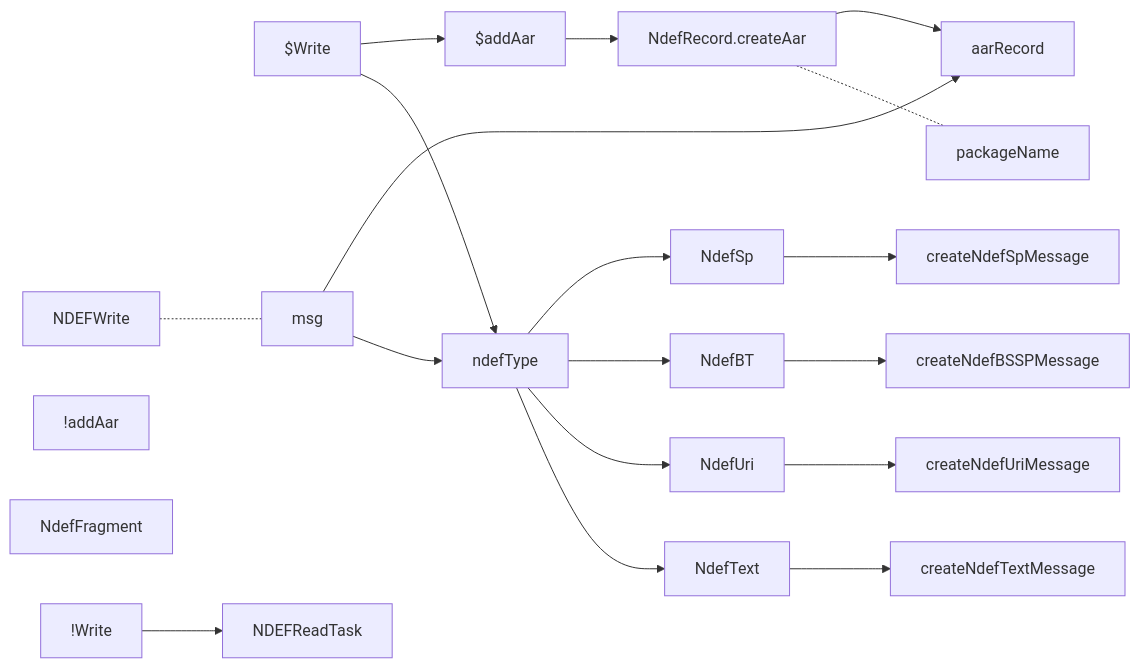
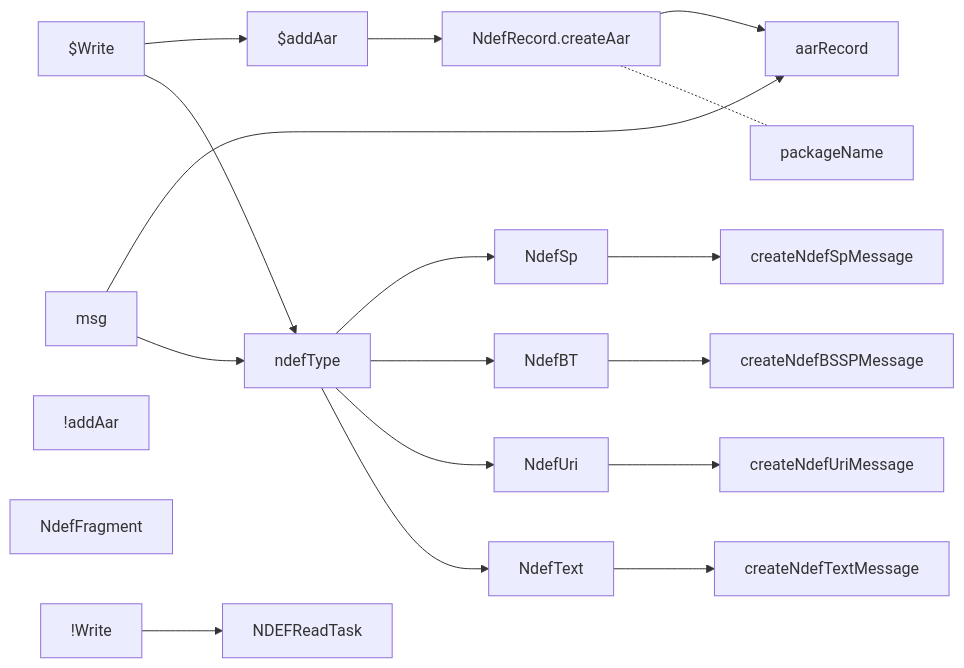
One commit to gordianknotC/nxp_note changed the diagram in nxp/Demo.md. Above: the diagram before and after it, drawn with Mermaid. The commit also changed other lines of this file, not shown here.

Commit message:
nxp/Demo.md updated from https://stackedit.io/

````diff
--- a/nxp/Demo.md
+++ b/nxp/Demo.md
@@ -7,36 +7,38 @@
 ``` mermaid
 graph LR
 $Write
 !Write
 $addAar
 !addAar
 
 NdefFragment
 NdefText
 NdefUri
 NdefBT
 NdefSp
 ndefType
+
 msg --> ndefType
+$Write --> ndefType
 
-$Write --> ndefType
 ndefType --> NdefText
 ndefType --> NdefUri
 ndefType --> NdefBT
 ndefType --> NdefSp
 NdefText --> createNdefTextMessage
 NdefUri --> createNdefUriMessage
 NdefBT --> createNdefBSSPMessage
 NdefSp --> createNdefSpMessage
 
 $Write --> $addAar
 $addAar --> NdefRecord.createAar
 NdefRecord.createAar -.- packageName
 NdefRecord.createAar --> aarRecord
 
 msg --> aarRecord
 !Write --> NDEFReadTask
 
-NDEFWrite -.- msg
+
+
 
 ```
````
